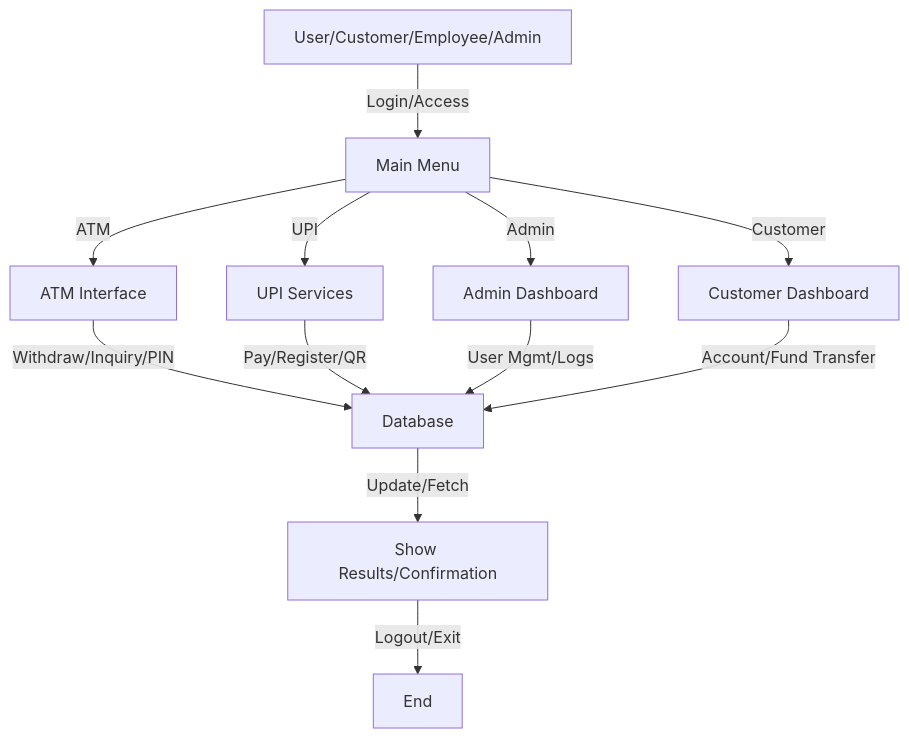
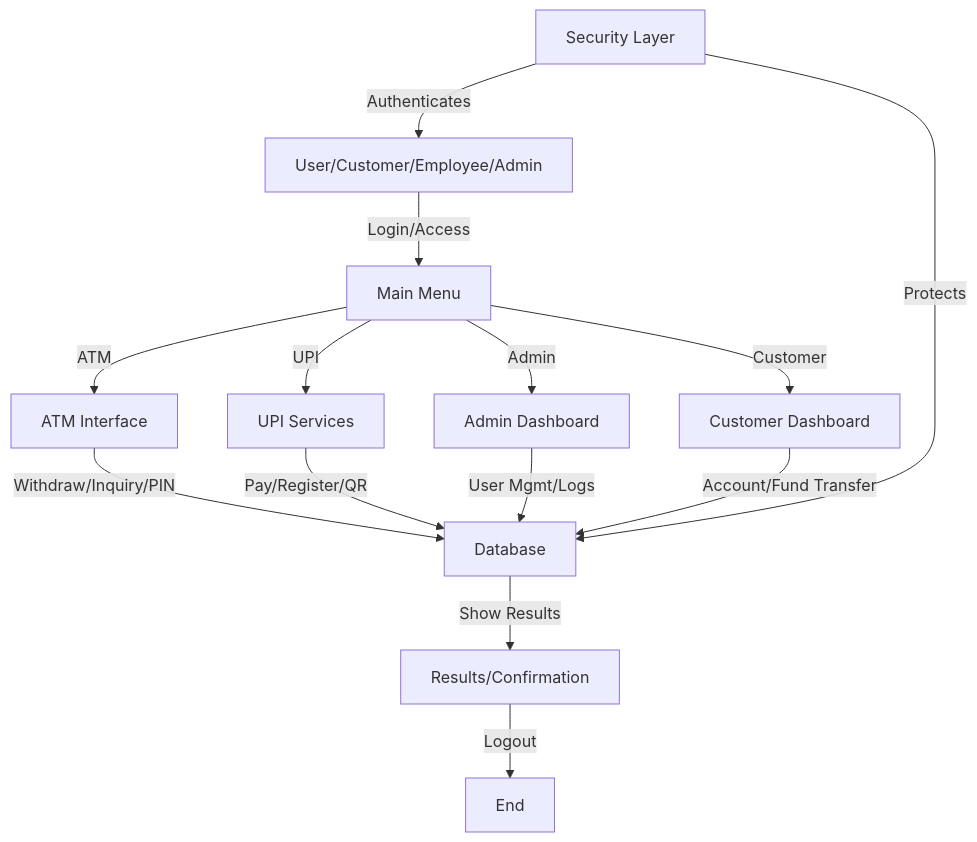
Before and after one commit to Soumya-r-Sahu/CBS_PYTHON: the third of 3 diagrams in README.md, drawn with Mermaid. The commit also changed other lines of this file and 810 other files, not shown here.

````diff
--- a/README.md
+++ b/README.md
@@ -84,14 +191,16 @@
 ```mermaid
 flowchart TD
     A[User/Customer/Employee/Admin] -->|Login/Access| B[Main Menu]
     B -->|ATM| C[ATM Interface]
     B -->|UPI| D[UPI Services]
     B -->|Admin| E[Admin Dashboard]
     B -->|Customer| F[Customer Dashboard]
     C -->|Withdraw/Inquiry/PIN| G[Database]
     D -->|Pay/Register/QR| G
     E -->|User Mgmt/Logs| G
     F -->|Account/Fund Transfer| G
-    G -->|Update/Fetch| H[Show Results/Confirmation]
-    H -->|Logout/Exit| I[End]
+    G -->|Show Results| H[Results/Confirmation]
+    H -->|Logout| I[End]
+    S[Security Layer] -->|Protects| G
+    S -->|Authenticates| A
 ```
````
